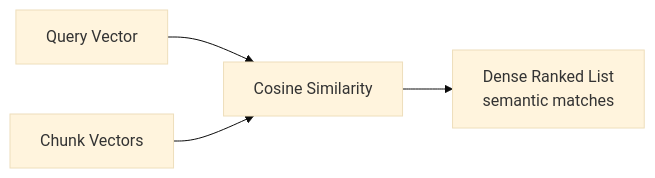
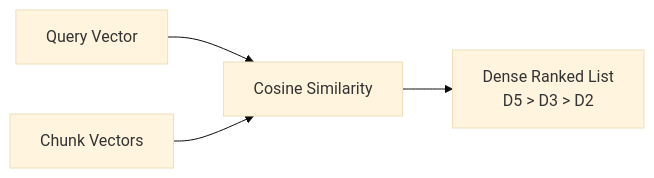
Before and after one commit to delisha02/droitdraft: the fourth of 8 diagrams in docs/implementation.md, drawn with Mermaid (base theme). The commit also changed other lines of this file, not shown here.

````diff
--- a/docs/implementation.md
+++ b/docs/implementation.md
@@ -91,7 +94,7 @@
 ```mermaid
 flowchart LR
     VQ["Query Vector"] --> COS["Cosine Similarity"]
     VD["Chunk Vectors"] --> COS
     COS --> DR["Dense Ranked List
-semantic matches"]
+D5 > D3 > D2"]
 ```
````
